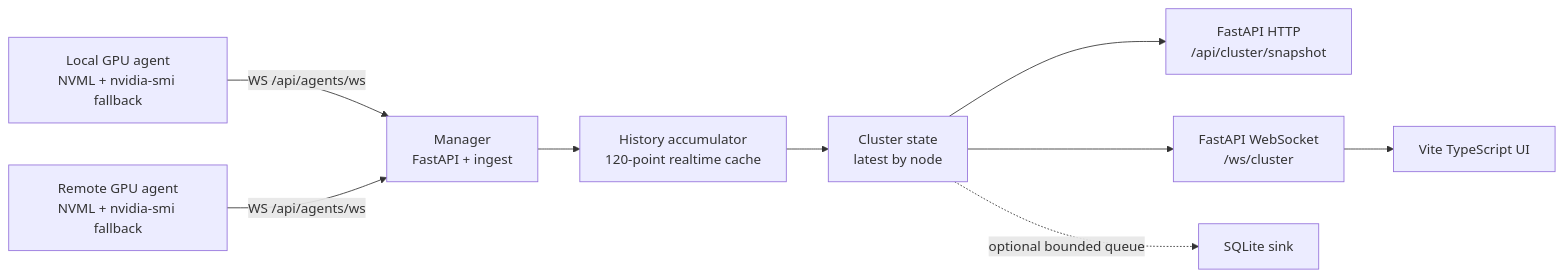
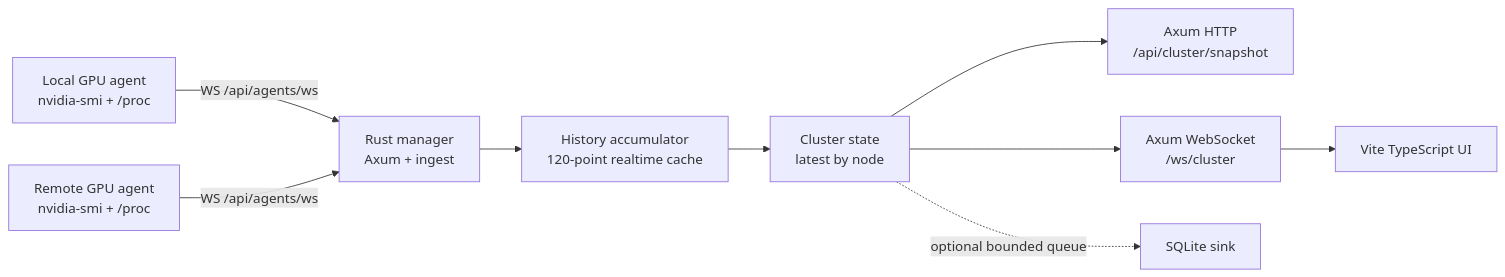
Before and after one commit to kuma-loong/Constella: the diagram in docs/DESIGN.md, drawn with Mermaid. The commit also changed other lines of this file and 8 other files, not shown here.

````diff
--- a/docs/DESIGN.md
+++ b/docs/DESIGN.md
@@ -9,11 +9,11 @@
 ```mermaid
 flowchart LR
-  L["Local GPU agent<br/>NVML + nvidia-smi fallback"] -->|"WS /api/agents/ws"| M["Manager<br/>FastAPI + ingest"]
-  R["Remote GPU agent<br/>NVML + nvidia-smi fallback"] -->|"WS /api/agents/ws"| M
+  L["Local GPU agent<br/>nvidia-smi + /proc"] -->|"WS /api/agents/ws"| M["Rust manager<br/>Axum + ingest"]
+  R["Remote GPU agent<br/>nvidia-smi + /proc"] -->|"WS /api/agents/ws"| M
   M --> A["History accumulator<br/>120-point realtime cache"]
   A --> S["Cluster state<br/>latest by node"]
-  S --> G["FastAPI HTTP<br/>/api/cluster/snapshot"]
-  S --> H["FastAPI WebSocket<br/>/ws/cluster"]
+  S --> G["Axum HTTP<br/>/api/cluster/snapshot"]
+  S --> H["Axum WebSocket<br/>/ws/cluster"]
   H --> F["Vite TypeScript UI"]
   S -.optional bounded queue.-> DB["SQLite sink"]
 ```
````
